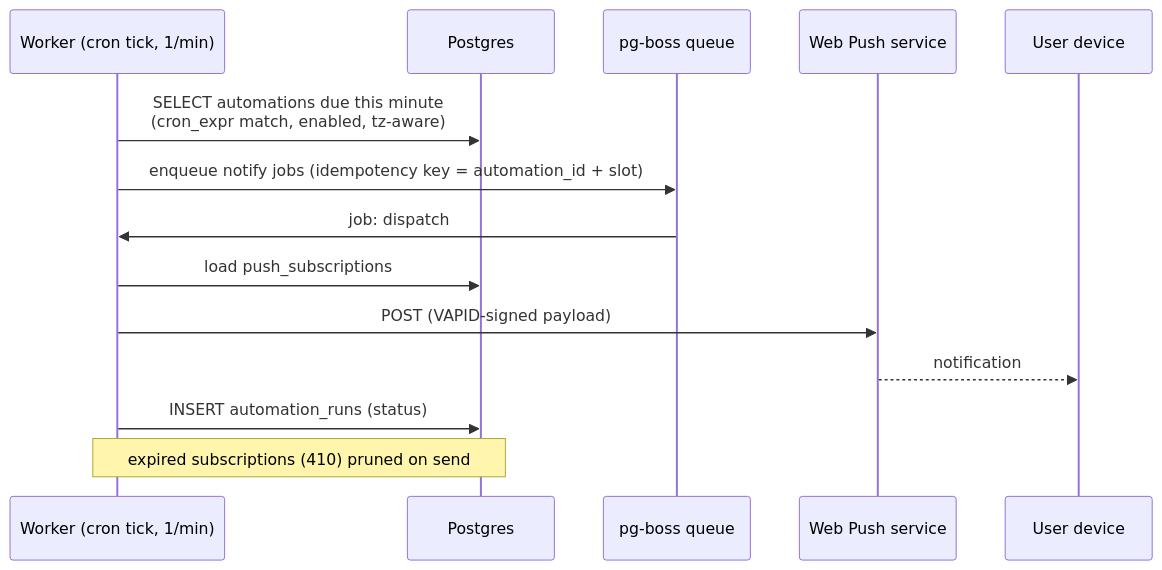
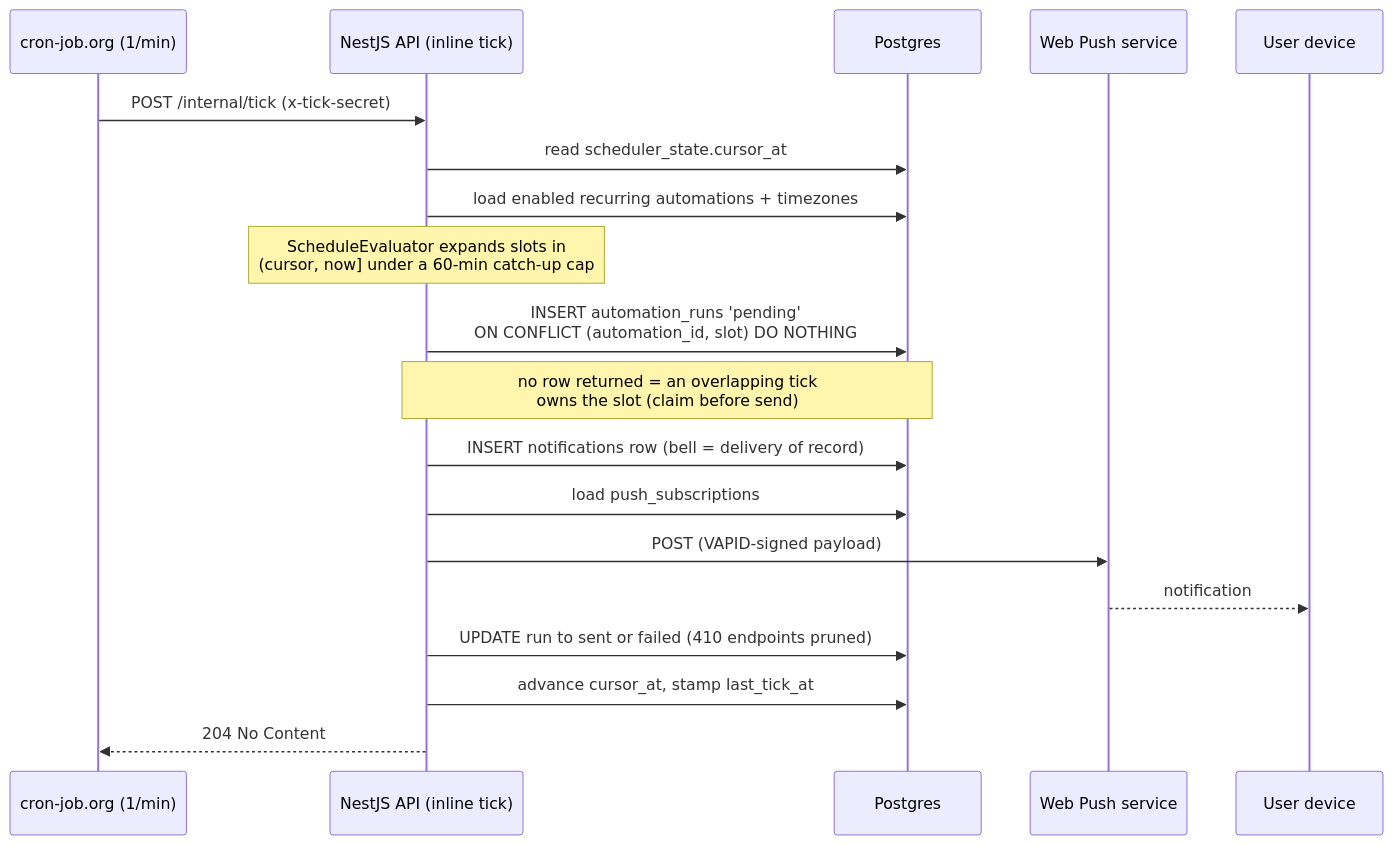
One commit to Auua/command-center changed the sixth of 6 diagrams in docs/ADR.md. Above: the diagram before and after it, drawn with Mermaid. The commit also changed other lines of this file and 3 other files, not shown here.

````diff
--- a/docs/ADR.md
+++ b/docs/ADR.md
@@ -342,16 +377,21 @@
 ```mermaid
 sequenceDiagram
-    participant S as Worker (cron tick, 1/min)
+    participant C as cron-job.org (1/min)
+    participant A as NestJS API (inline tick)
     participant P as Postgres
-    participant Q as pg-boss queue
     participant Push as Web Push service
     participant U as User device
-    S->>P: SELECT automations due this minute<br/>(cron_expr match, enabled, tz-aware)
-    S->>Q: enqueue notify jobs (idempotency key = automation_id + slot)
-    Q->>S: job: dispatch
-    S->>P: load push_subscriptions
-    S->>Push: POST (VAPID-signed payload)
+    C->>A: POST /internal/tick (x-tick-secret)
+    A->>P: read scheduler_state.cursor_at
+    A->>P: load enabled recurring automations + timezones
+    Note over A: ScheduleEvaluator expands slots in<br/>(cursor, now] under a 60-min catch-up cap
+    A->>P: INSERT automation_runs 'pending'<br/>ON CONFLICT (automation_id, slot) DO NOTHING
+    Note over A,P: no row returned = an overlapping tick<br/>owns the slot (claim before send)
+    A->>P: INSERT notifications row (bell = delivery of record)
+    A->>P: load push_subscriptions
+    A->>Push: POST (VAPID-signed payload)
     Push-->>U: notification
-    S->>P: INSERT automation_runs (status)
-    Note over S,P: expired subscriptions (410) pruned on send
+    A->>P: UPDATE run to sent or failed (410 endpoints pruned)
+    A->>P: advance cursor_at, stamp last_tick_at
+    A-->>C: 204 No Content
 ```
````
